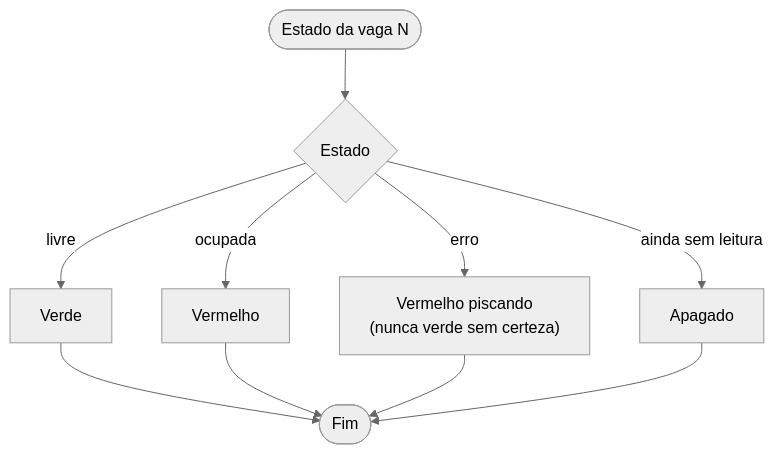
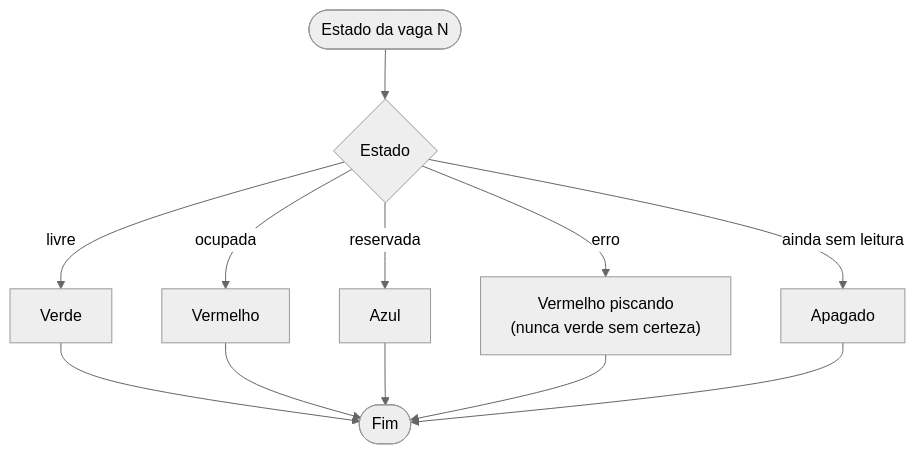
Before and after one commit to VynicyusCandido/iotHorangoTango: the sixth of 9 diagrams in docs/fluxograma-firmware.md, drawn with Mermaid (neutral theme). The commit also changed other lines of this file and 6 other files, not shown here.

````diff
--- a/docs/fluxograma-firmware.md
+++ b/docs/fluxograma-firmware.md
@@ -144,8 +158,9 @@
 ```mermaid
 flowchart TD
     A([Estado da vaga N]) --> C{Estado}
     C -- livre --> C1[Verde] --> Z([Fim])
     C -- ocupada --> C2[Vermelho] --> Z
+    C -- reservada --> C5[Azul] --> Z
     C -- erro --> C3["Vermelho piscando<br/>(nunca verde sem certeza)"] --> Z
     C -- "ainda sem leitura" --> C4[Apagado] --> Z
 ```
````
